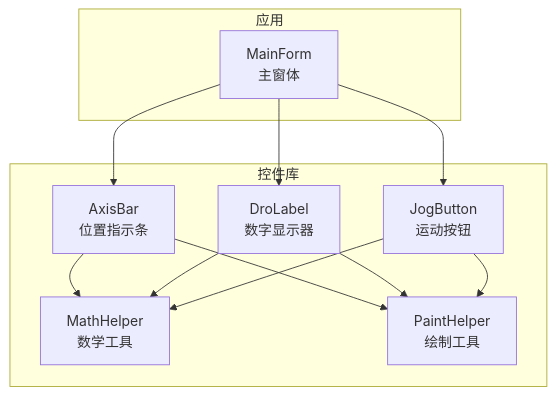
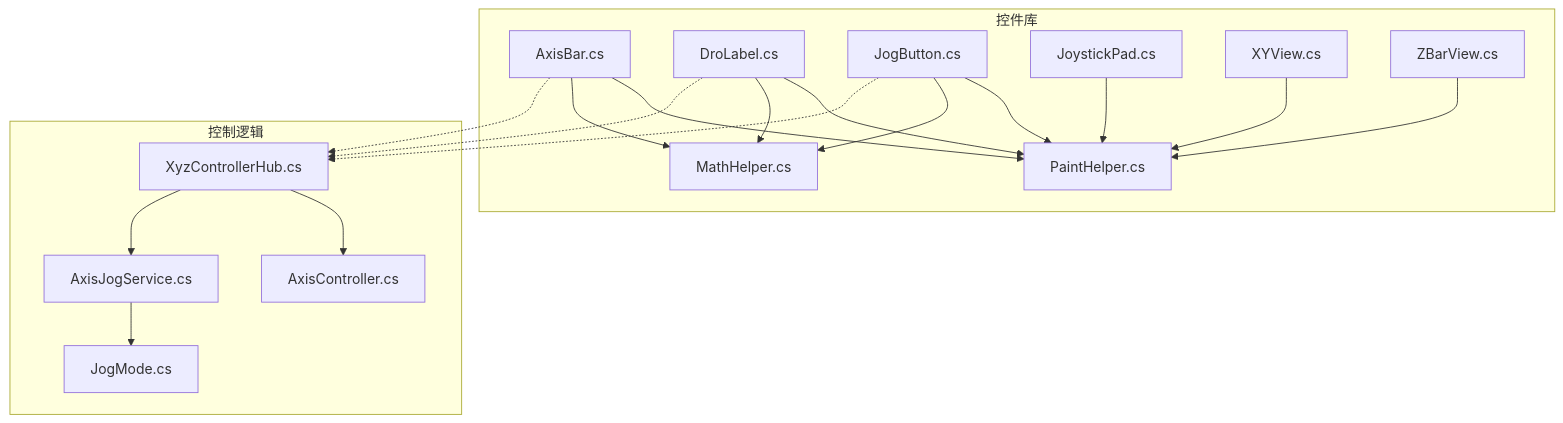
Before and after one commit to fuweiq94-cloud/3399180760: the first of 6 diagrams in .qoder/repowiki/zh/content/自定义控件库/基础控件.md, drawn with Mermaid. The commit also changed other lines of this file and 94 other files, not shown here.

First line of the commit message:
docs(api): 添加完整 XyzController API 接口文档

````diff
--- a/.qoder/repowiki/zh/content/自定义控件库/基础控件.md
+++ b/.qoder/repowiki/zh/content/自定义控件库/基础控件.md
@@ -40,22 +37,34 @@
 ```mermaid
 graph TB
-subgraph "应用"
-MF["MainForm<br/>主窗体"]
+subgraph "控件库"
+AB["AxisBar.cs"]
+DL["DroLabel.cs"]
+JB["JogButton.cs"]
+PH["PaintHelper.cs"]
+MH["MathHelper.cs"]
+JP["JoystickPad.cs"]
+XY["XYView.cs"]
+ZB["ZBarView.cs"]
 end
-subgraph "控件库"
-JB["JogButton<br/>运动按钮"]
-DL["DroLabel<br/>数字显示器"]
-AB["AxisBar<br/>位置指示条"]
-MH["MathHelper<br/>数学工具"]
-PH["PaintHelper<br/>绘制工具"]
+subgraph "控制逻辑"
+HUB["XyzControllerHub.cs"]
+AC["AxisController.cs"]
+AJ["AxisJogService.cs"]
+JM["JogMode.cs"]
 end
-MF --> JB
-MF --> DL
-MF --> AB
+AB --> PH
 AB --> MH
-AB --> PH
+DL --> PH
 DL --> MH
-DL --> PH
+JB --> PH
 JB --> MH
-JB --> PH
+JP --> PH
+XY --> PH
+ZB --> PH
+AB -.-> HUB
+DL -.-> HUB
+JB -.-> HUB
+HUB --> AC
+HUB --> AJ
+AJ --> JM
 ```
````
